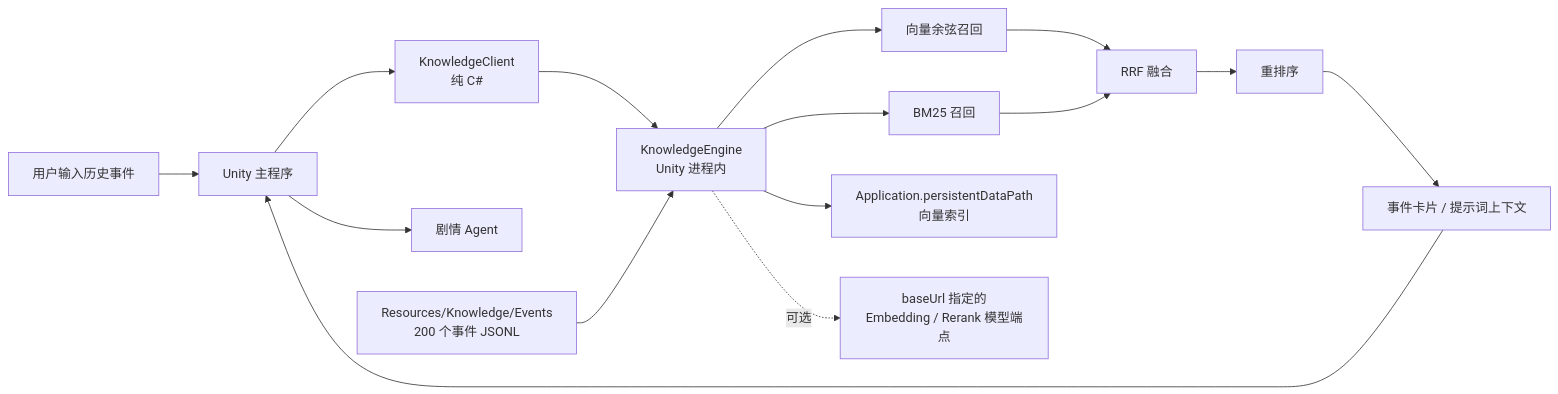
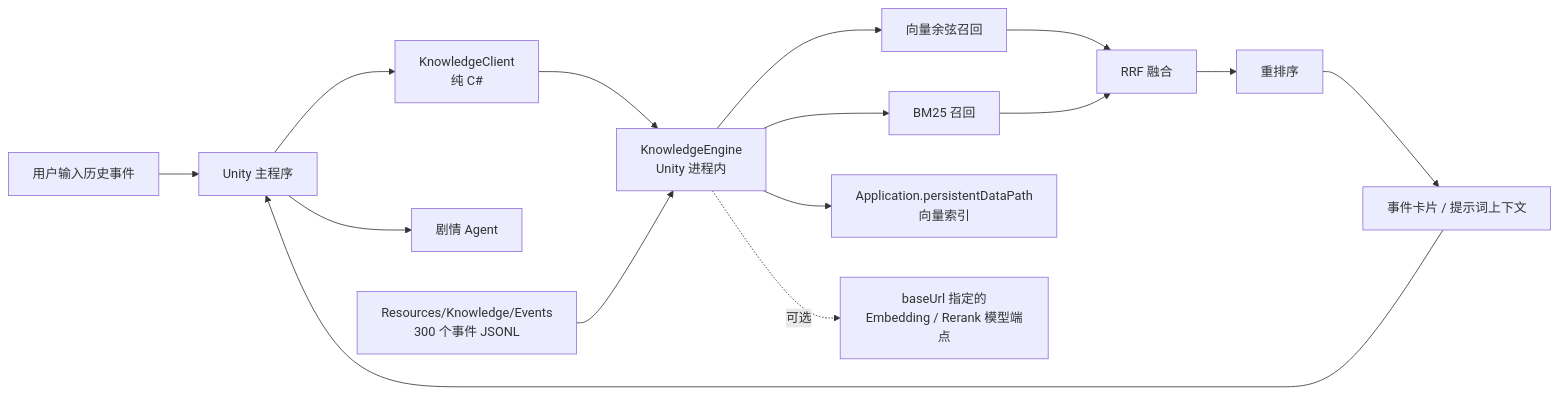
Before and after one commit to xinghuocode/epicspark: the diagram in Docs/KnowledgeRAG.md, drawn with Mermaid. The commit also changed other lines of this file and 9 other files, not shown here.

````diff
--- a/Docs/KnowledgeRAG.md
+++ b/Docs/KnowledgeRAG.md
@@ -8,17 +8,17 @@
 ```mermaid
 flowchart LR
     U[用户输入历史事件] --> S[Unity 主程序]
     S --> C[KnowledgeClient<br/>纯 C#]
     C --> E[KnowledgeEngine<br/>Unity 进程内]
     E --> R1[向量余弦召回]
     E --> R2[BM25 召回]
     R1 --> F[RRF 融合]
     R2 --> F
     F --> RR[重排序]
     RR --> CX[事件卡片 / 提示词上下文]
     CX --> S
     S --> A[剧情 Agent]
-    D[Resources/Knowledge/Events<br/>200 个事件 JSONL] --> E
+    D[Resources/Knowledge/Events<br/>300 个事件 JSONL] --> E
     E --> IDX[Application.persistentDataPath<br/>向量索引]
     E -.可选.-> M[baseUrl 指定的<br/>Embedding / Rerank 模型端点]
 ```
````
